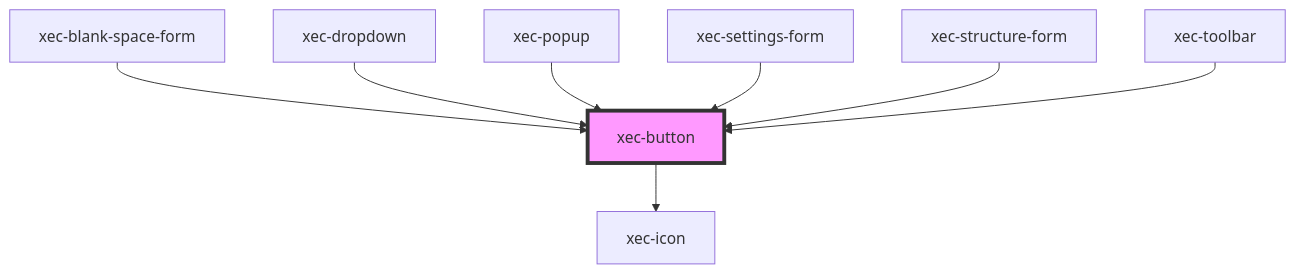
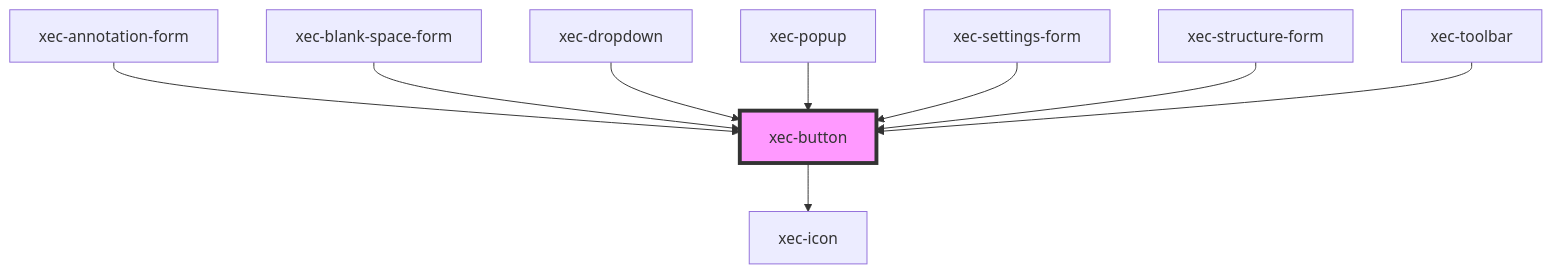
The diagram in src/components/xec-button/readme.md (scribes-app/tei-component-suite), drawn with Mermaid before and after one commit. The commit also changed other lines of this file and 4 other files, not shown here.

````diff
--- a/src/components/xec-button/readme.md
+++ b/src/components/xec-button/readme.md
@@ -47,11 +48,12 @@
 ```mermaid
 graph TD;
   xec-button --> xec-icon
+  xec-annotation-form --> xec-button
   xec-blank-space-form --> xec-button
   xec-dropdown --> xec-button
   xec-popup --> xec-button
   xec-settings-form --> xec-button
   xec-structure-form --> xec-button
   xec-toolbar --> xec-button
   style xec-button fill:#f9f,stroke:#333,stroke-width:4px
 ```
````
